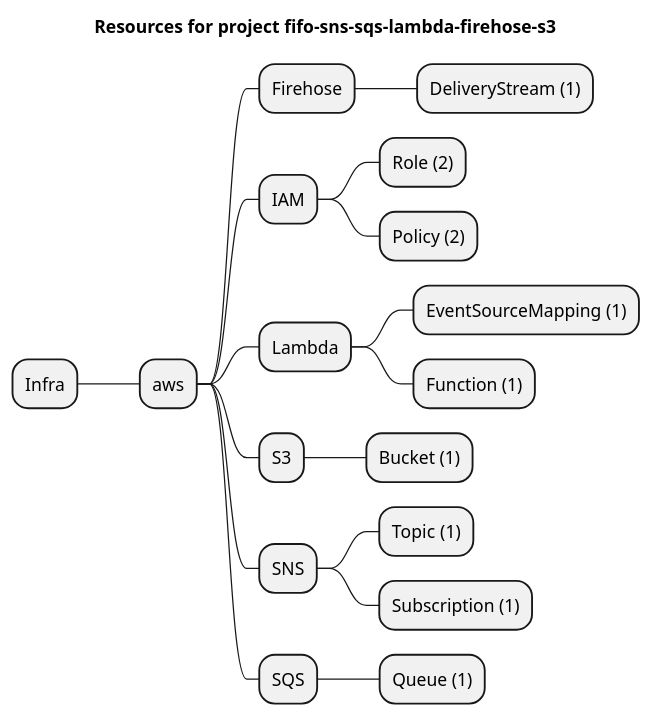
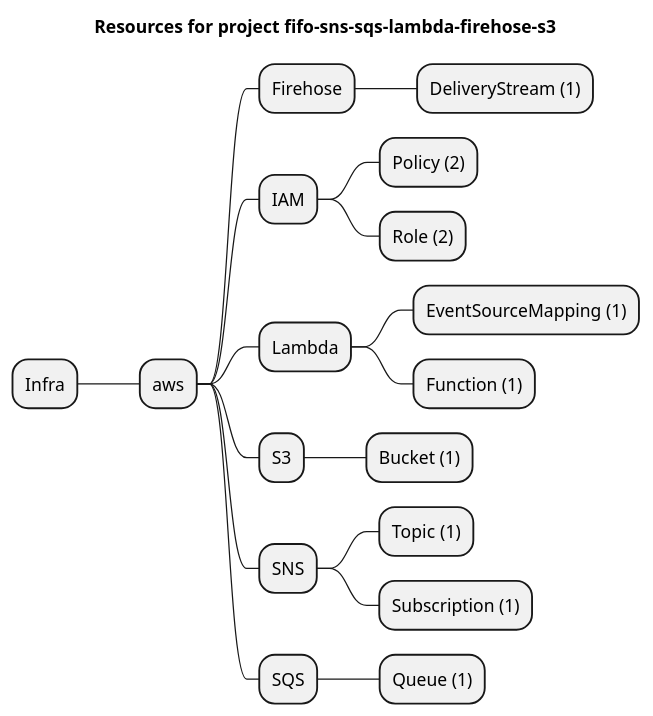
The diagram in examples/aws/Firehose/fifo-sns-sqs-lambda-firehose-s3/artifacts/resources-mindmap.puml (grucloud/grucloud), drawn with PlantUML before and after one commit. The commit also changed other lines of this file and 7 other files, not shown here.

```diff
--- a/examples/aws/Firehose/fifo-sns-sqs-lambda-firehose-s3/artifacts/resources-mindmap.puml
+++ b/examples/aws/Firehose/fifo-sns-sqs-lambda-firehose-s3/artifacts/resources-mindmap.puml
@@ -1,21 +1,21 @@
 @startmindmap
 title Resources for project fifo-sns-sqs-lambda-firehose-s3
 skinparam monochrome true
 + Infra
 ++ aws
 +++ Firehose
 ++++ DeliveryStream (1)
 +++ IAM
+++++ Policy (2)
 ++++ Role (2)
-++++ Policy (2)
 +++ Lambda
 ++++ EventSourceMapping (1)
 ++++ Function (1)
 +++ S3
 ++++ Bucket (1)
 +++ SNS
 ++++ Topic (1)
 ++++ Subscription (1)
 +++ SQS
 ++++ Queue (1)
 @endmindmap
```
